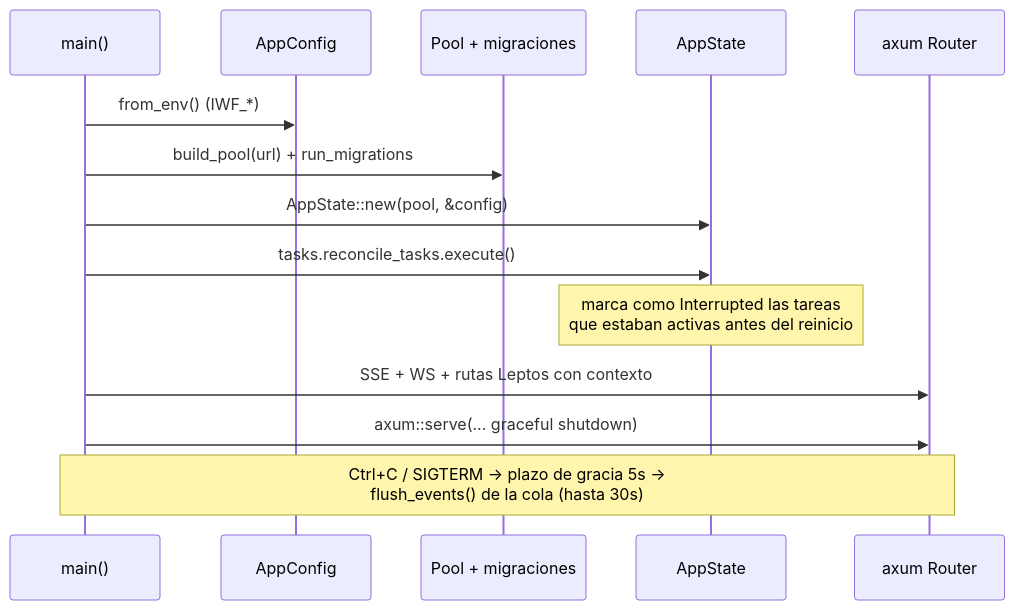
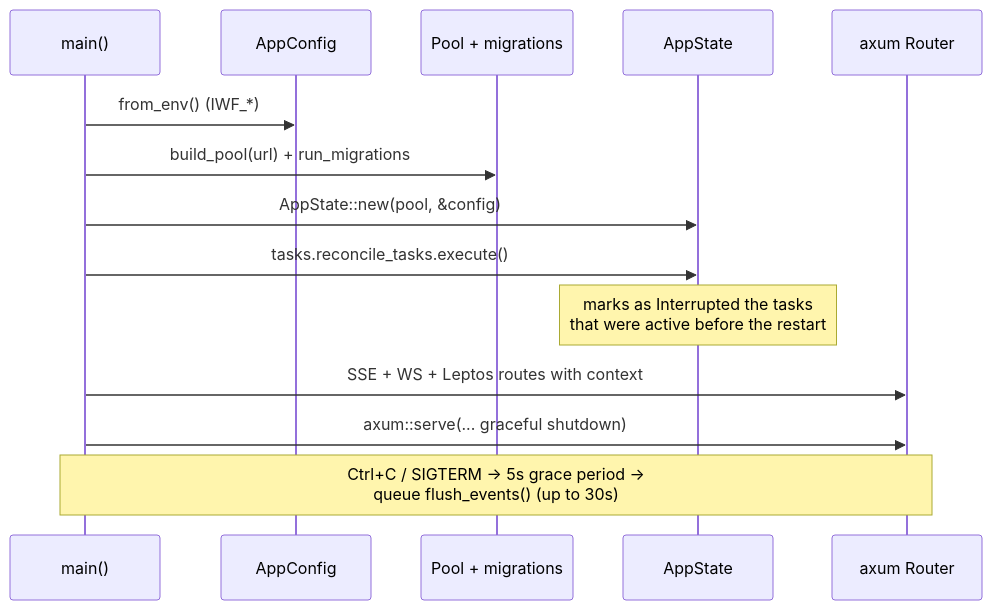
The fifth of 12 diagrams in ARCHITECTURE.md (plopezm/iworkflow), drawn with Mermaid before and after one commit. The commit also changed other lines of this file and 5 other files, not shown here.

````diff
--- a/ARCHITECTURE.md
+++ b/ARCHITECTURE.md
@@ -274,16 +278,16 @@
 ```mermaid
 sequenceDiagram
     participant M as main()
     participant C as AppConfig
-    participant DB as Pool + migraciones
+    participant DB as Pool + migrations
     participant S as AppState
     participant R as axum Router
     M->>C: from_env() (IWF_*)
     M->>DB: build_pool(url) + run_migrations
     M->>S: AppState::new(pool, &config)
     M->>S: tasks.reconcile_tasks.execute()
-    Note over S: marca como Interrupted las tareas<br/>que estaban activas antes del reinicio
-    M->>R: SSE + WS + rutas Leptos con contexto
+    Note over S: marks as Interrupted the tasks<br/>that were active before the restart
+    M->>R: SSE + WS + Leptos routes with context
     M->>R: axum::serve(... graceful shutdown)
-    Note over M,R: Ctrl+C / SIGTERM → plazo de gracia 5s →<br/>flush_events() de la cola (hasta 30s)
+    Note over M,R: Ctrl+C / SIGTERM → 5s grace period →<br/>queue flush_events() (up to 30s)
 ```
````
